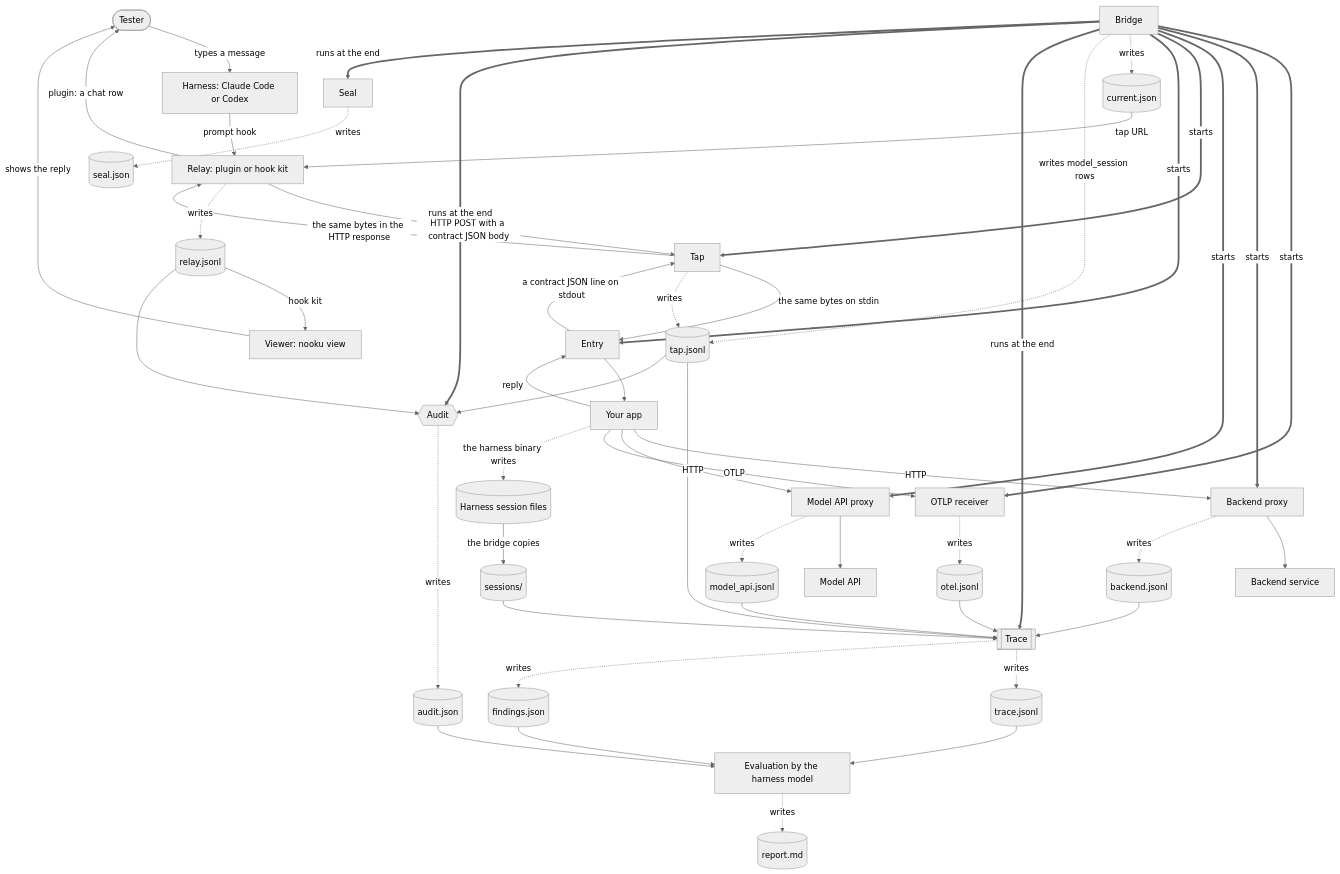
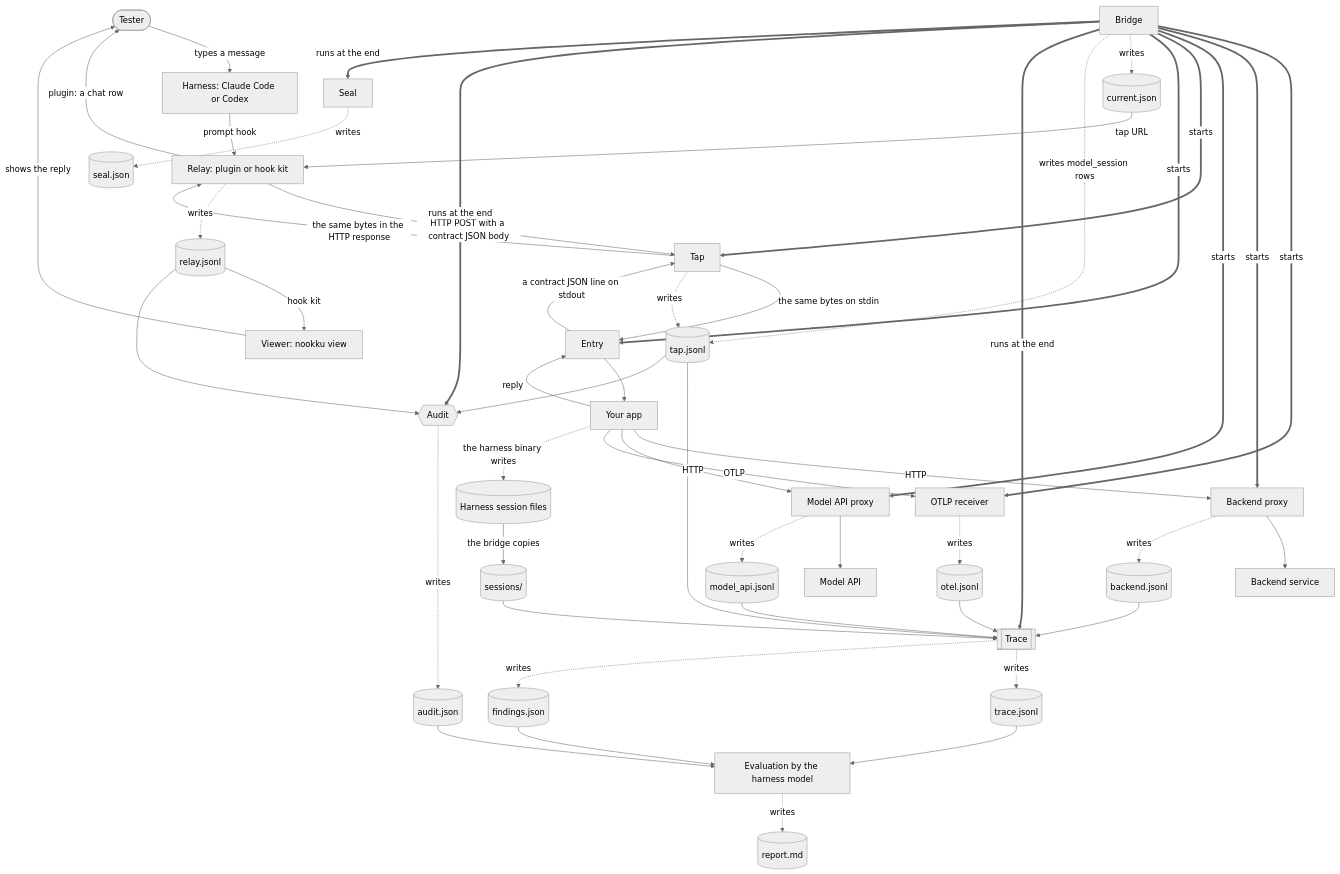
Before and after one commit to mohanraj00/nookku: the first of 4 diagrams in docs/architecture.md, drawn with Mermaid (neutral theme). The commit also changed other lines of this file and 119 other files, not shown here.

First line of the commit message:
Rename Nooku to Nookku (#209)

````diff
--- a/docs/architecture.md
+++ b/docs/architecture.md
@@ -13,53 +13,53 @@
 ```mermaid
 flowchart TB
     tester([Tester]) -->|types a message| harness[Harness: Claude Code or Codex]
     harness -->|prompt hook| relay[Relay: plugin or hook kit]
     currentrec[(current.json)] -->|tap URL| relay
     relay -->|HTTP POST with a contract JSON body| tap[Tap]
     tap -->|the same bytes on stdin| entry[Entry]
     entry --> app[Your app]
     app -->|reply| entry
     entry -->|a contract JSON line on stdout| tap
     tap -->|the same bytes in the HTTP response| relay
     relay -->|plugin: a chat row| tester
     relay -.->|writes| relayrec[(relay.jsonl)]
-    relayrec -->|hook kit| viewer[Viewer: nooku view]
+    relayrec -->|hook kit| viewer[Viewer: nookku view]
     viewer -->|shows the reply| tester
     tap -.->|writes| taprec[(tap.jsonl)]
 
     bridge[Bridge] ==>|starts| otlp[OTLP receiver]
     bridge ==>|starts| bproxy[Backend proxy]
     bridge ==>|starts| mproxy[Model API proxy]
     bridge ==>|starts| tap
     bridge ==>|starts| entry
     bridge -.->|writes| currentrec
     bridge -.->|writes model_session rows| taprec
 
     app -->|HTTP| bproxy --> backend[Backend service]
     app -->|HTTP| mproxy --> api[Model API]
     app -->|OTLP| otlp
     bproxy -.->|writes| backendrec[(backend.jsonl)]
     mproxy -.->|writes| modelrec[(model_api.jsonl)]
     otlp -.->|writes| otelrec[(otel.jsonl)]
     app -.->|the harness binary writes| hsessions[(Harness session files)]
     hsessions -->|the bridge copies| sessions[(sessions/)]
 
     bridge ==>|runs at the end| trace[[Trace]]
     bridge ==>|runs at the end| audit{{Audit}}
     bridge ==>|runs at the end| seal[Seal]
     taprec --> trace
     sessions --> trace
     backendrec --> trace
     modelrec --> trace
     otelrec --> trace
     trace -.->|writes| tracerec[(trace.jsonl)]
     trace -.->|writes| findingsrec[(findings.json)]
     relayrec --> audit
     taprec --> audit
     audit -.->|writes| auditrec[(audit.json)]
     seal -.->|writes| sealrec[(seal.json)]
     tracerec --> eval[Evaluation by the harness model]
     findingsrec --> eval
     auditrec --> eval
     eval -.->|writes| report[(report.md)]
 ```
````
